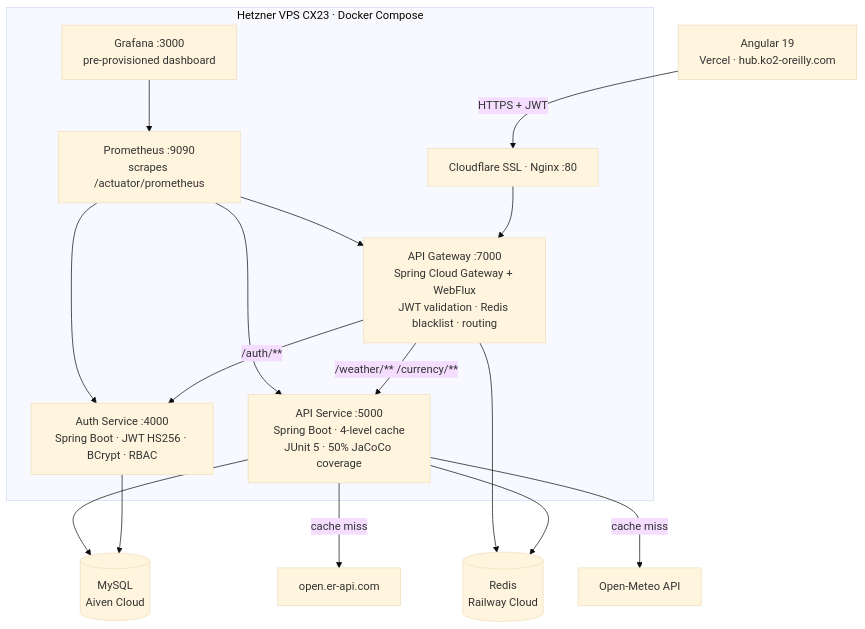
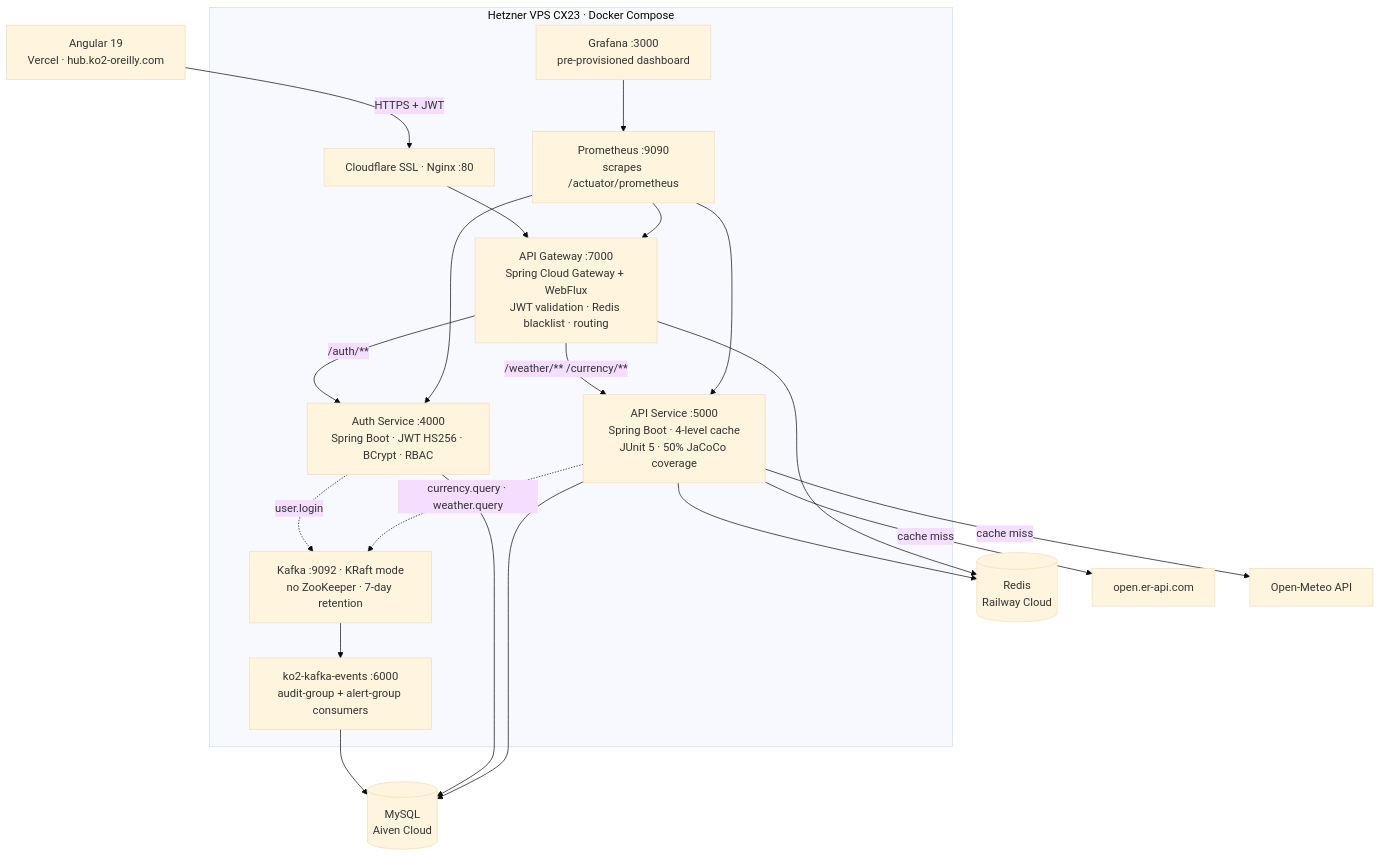
One commit to ko2javier/server-infrastructure changed the diagram in README.md. Above: the diagram before and after it, drawn with Mermaid (base theme). The commit also changed other lines of this file, not shown here.

First line of the commit message:
Document Kafka and ko2-kafka-events in the README

````diff
--- a/README.md
+++ b/README.md
@@ -20,22 +20,28 @@
 ```mermaid
 graph TD
     A["Angular 19<br/>Vercel · hub.ko2-oreilly.com"] -->|"HTTPS + JWT"| CF
 
     subgraph VPS ["Hetzner VPS CX23 · Docker Compose"]
         CF["Cloudflare SSL · Nginx :80"] --> GW
         GW["API Gateway :7000<br/>Spring Cloud Gateway + WebFlux<br/>JWT validation · Redis blacklist · routing"]
         GW -->|"/auth/**"| AUTH["Auth Service :4000<br/>Spring Boot · JWT HS256 · BCrypt · RBAC"]
         GW -->|"/weather/** /currency/**"| API["API Service :5000<br/>Spring Boot · 4-level cache<br/>JUnit 5 · 50% JaCoCo coverage"]
+        AUTH -.->|"user.login"| KFK
+        API -.->|"currency.query · weather.query"| KFK
+        KFK["Kafka :9092 · KRaft mode<br/>no ZooKeeper · 7-day retention"]
+        KFK --> EVT["ko2-kafka-events :6000<br/>audit-group + alert-group consumers"]
         PROM["Prometheus :9090<br/>scrapes /actuator/prometheus"] --> GW
         PROM --> AUTH
         PROM --> API
         GRAF["Grafana :3000<br/>pre-provisioned dashboard"] --> PROM
     end
+
+    EVT --> DB
 
     AUTH --> DB[("MySQL<br/>Aiven Cloud")]
     API --> DB
     API --> RD[("Redis<br/>Railway Cloud")]
     GW --> RD
     API -->|"cache miss"| ER["open.er-api.com"]
     API -->|"cache miss"| OM["Open-Meteo API"]
 ```
````
